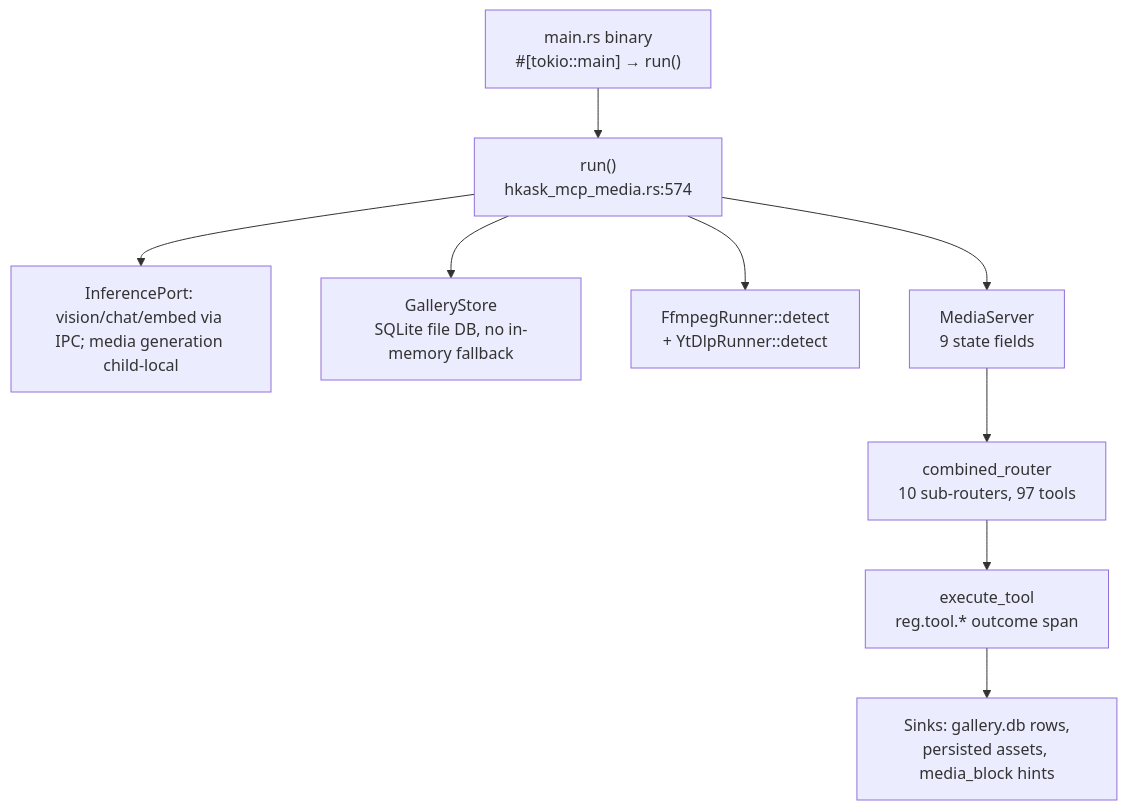
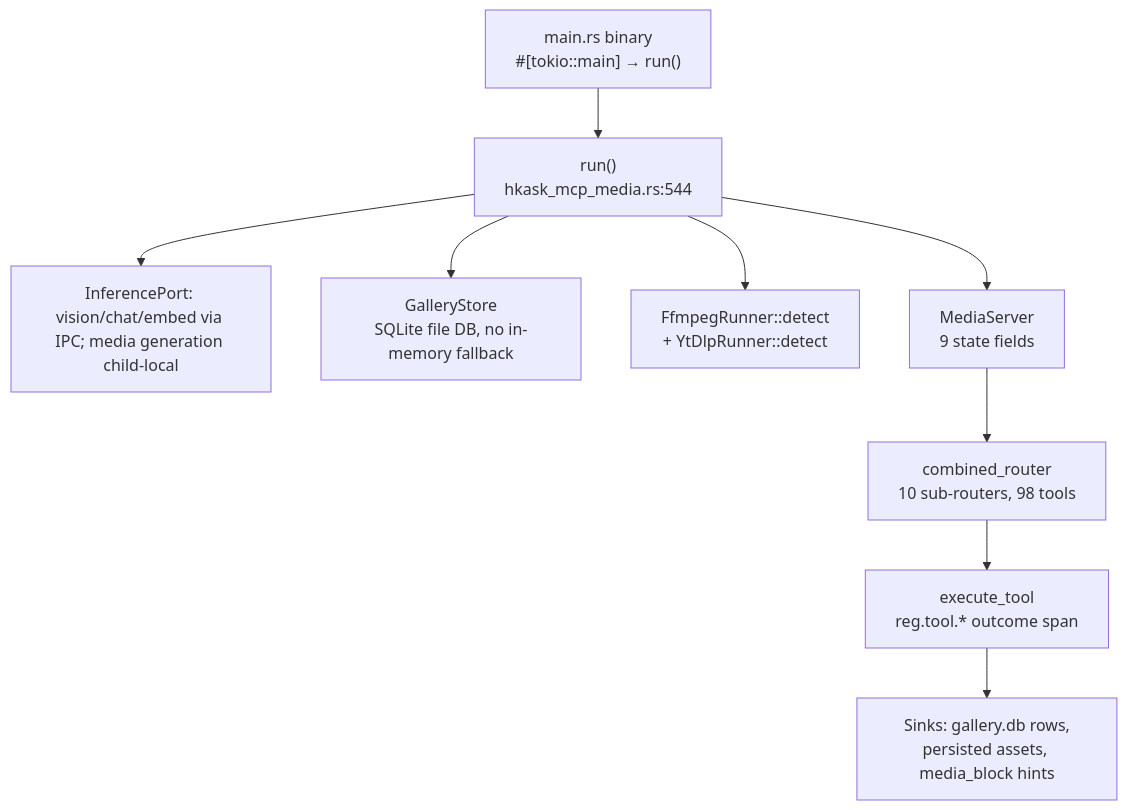
One commit to mdz-axo/zed-kask changed the diagram in kask/docs/reference/mcp-servers/media.md. Above: the diagram before and after it, drawn with Mermaid. The commit also changed other lines of this file and 43 other files, not shown here.

````diff
--- a/kask/docs/reference/mcp-servers/media.md
+++ b/kask/docs/reference/mcp-servers/media.md
@@ -23,21 +23,21 @@
 ```mermaid
 flowchart TD
     binary["main.rs binary<br/>#[tokio::main] → run()"]
-    run["run()<br/>hkask_mcp_media.rs:574"]
+    run["run()<br/>hkask_mcp_media.rs:544"]
     port["InferencePort: vision/chat/embed via IPC; media generation child-local"]
     db["GalleryStore<br/>SQLite file DB, no in-memory fallback"]
     ffmpeg["FfmpegRunner::detect<br/>+ YtDlpRunner::detect"]
     server["MediaServer<br/>9 state fields"]
-    router["combined_router<br/>10 sub-routers, 97 tools"]
+    router["combined_router<br/>10 sub-routers, 98 tools"]
     dispatch["execute_tool<br/>reg.tool.* outcome span"]
     sinks["Sinks: gallery.db rows,<br/>persisted assets, media_block hints"]
 
     binary --> run
     run --> port
     run --> db
     run --> ffmpeg
     run --> server
     server --> router
     router --> dispatch
     dispatch --> sinks
 ```
````
